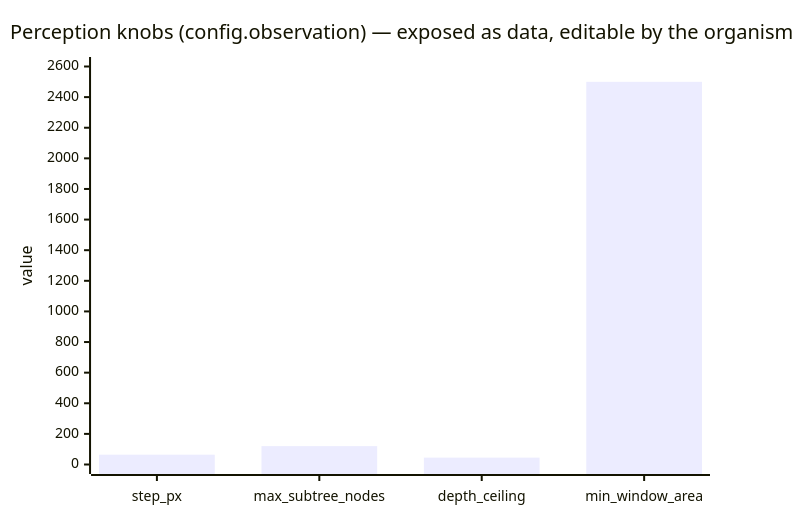
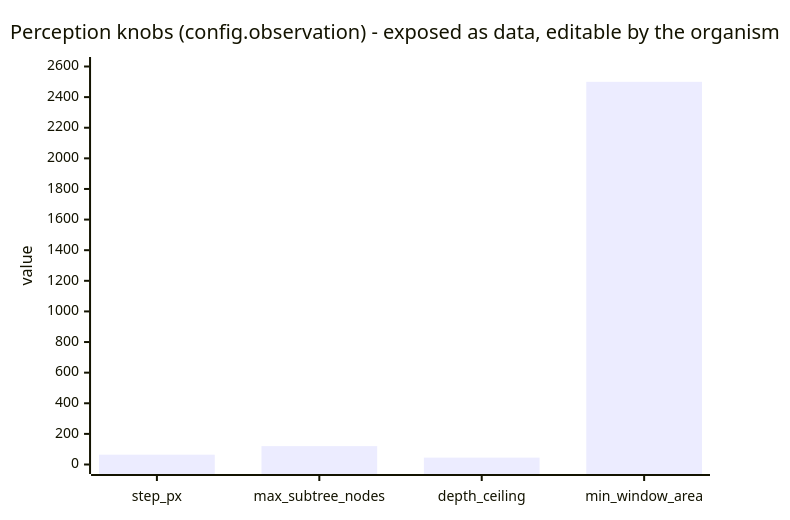
One commit to wgabrys88/endgame-ai changed diagram 12 of 17 in README.md. Above: the diagram before and after it, drawn with Mermaid. The commit also changed other lines of this file, not shown here.

````diff
--- a/README.md
+++ b/README.md
@@ -429,7 +429,7 @@
 ```mermaid
 xychart-beta
-    title "Perception knobs (config.observation) — exposed as data, editable by the organism"
+    title "Perception knobs (config.observation) - exposed as data, editable by the organism"
     x-axis ["step_px", "max_subtree_nodes", "depth_ceiling", "min_window_area"]
     y-axis "value" 0 --> 2600
     bar [64, 120, 45, 2500]
 ```
````
